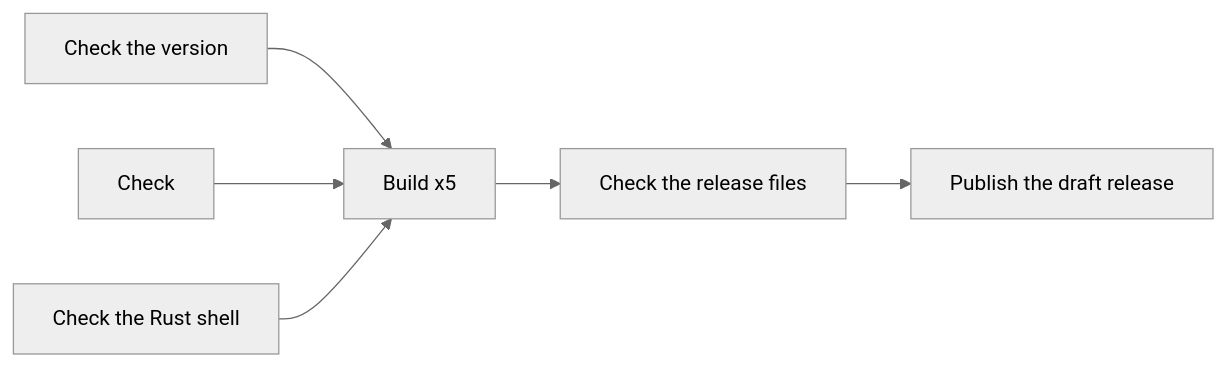
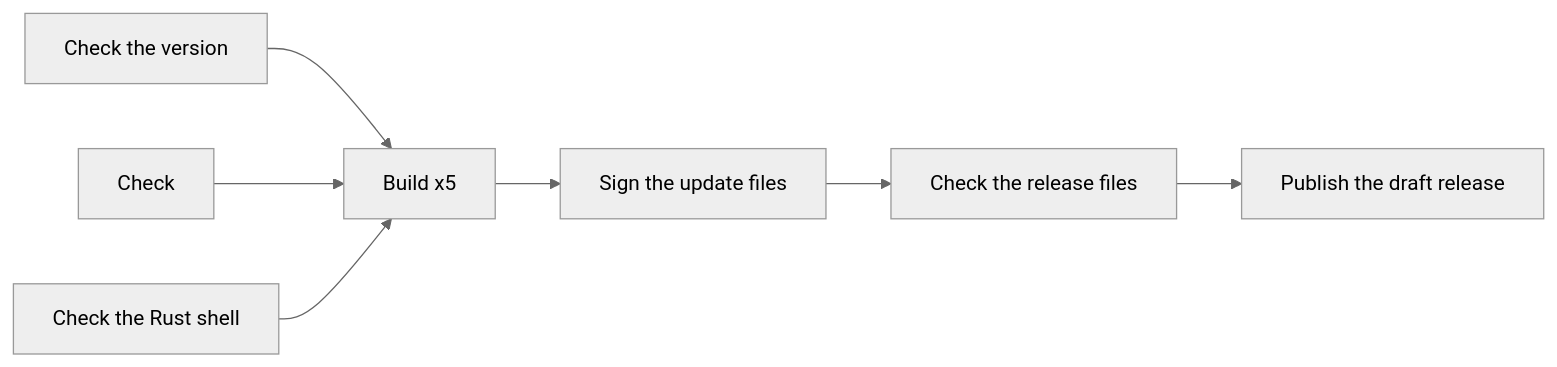
One commit to bchTrackunit/pr-quest changed the diagram in RELEASING.md. Above: the diagram before and after it, drawn with Mermaid (neutral theme). The commit also changed other lines of this file and 1 other file, not shown here.

First line of the commit message:
docs(release): the job that signs the update files, compiling without secrets, the runtime pin and the signature variables

````diff
--- a/RELEASING.md
+++ b/RELEASING.md
@@ -11,8 +12,9 @@
 ```mermaid
 flowchart LR
   verify["Check the version"] --> build
   check["Check"] --> build
   checkDesktop["Check the Rust shell"] --> build
-  build["Build x5"] --> assets["Check the release files"]
+  build["Build x5"] --> signUpdates["Sign the update files"]
+  signUpdates --> assets["Check the release files"]
   assets --> publish["Publish the draft release"]
 ```
````
